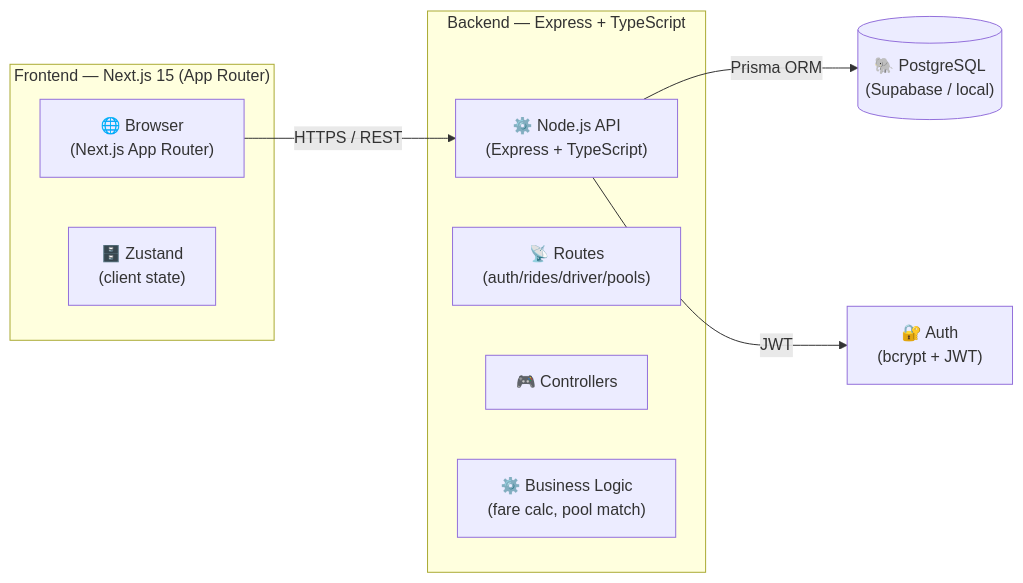
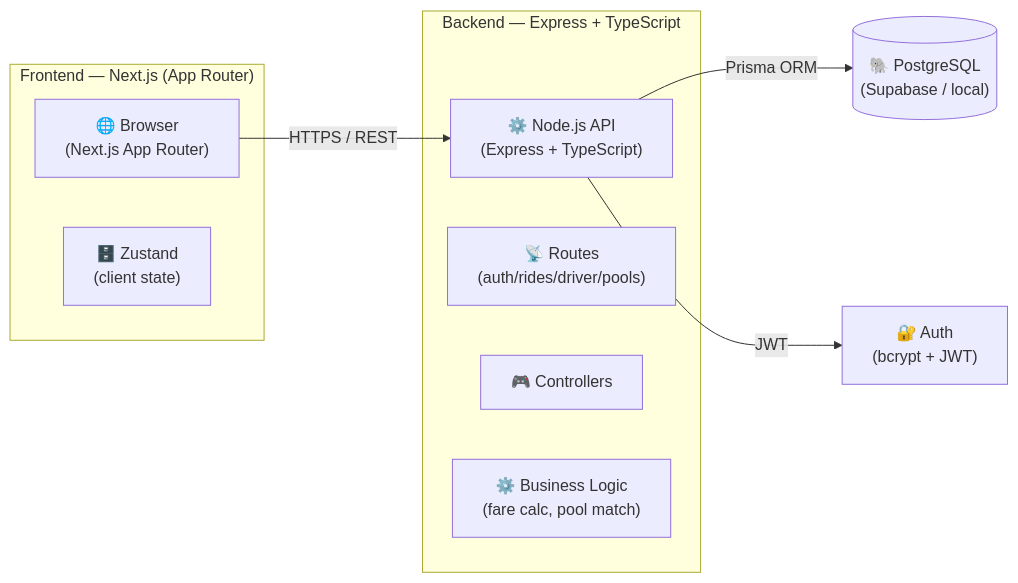
Before and after one commit to Sharif2023/dhaka-tesla-pool: the first of 2 diagrams in README.md, drawn with Mermaid. The commit also changed other lines of this file, not shown here.

````diff
--- a/README.md
+++ b/README.md
@@ -68,18 +70,18 @@
 ```mermaid
 graph LR
     Browser["🌐 Browser\n(Next.js App Router)"] -->|HTTPS / REST| API["⚙️ Node.js API\n(Express + TypeScript)"]
     API -->|Prisma ORM| DB[("🐘 PostgreSQL\n(Supabase / local)")]
     API -->|JWT| Auth["🔐 Auth\n(bcrypt + JWT)"]
 
-    subgraph Frontend["Frontend — Next.js 15 (App Router)"]
+    subgraph Frontend["Frontend — Next.js (App Router)"]
         Browser
         Zustand["🗄️ Zustand\n(client state)"]
     end
 
     subgraph Backend["Backend — Express + TypeScript"]
         API
         Routes["📡 Routes\n(auth/rides/driver/pools)"]
         Controllers["🎮 Controllers"]
         Services["⚙️ Business Logic\n(fare calc, pool match)"]
     end
 ```
````
